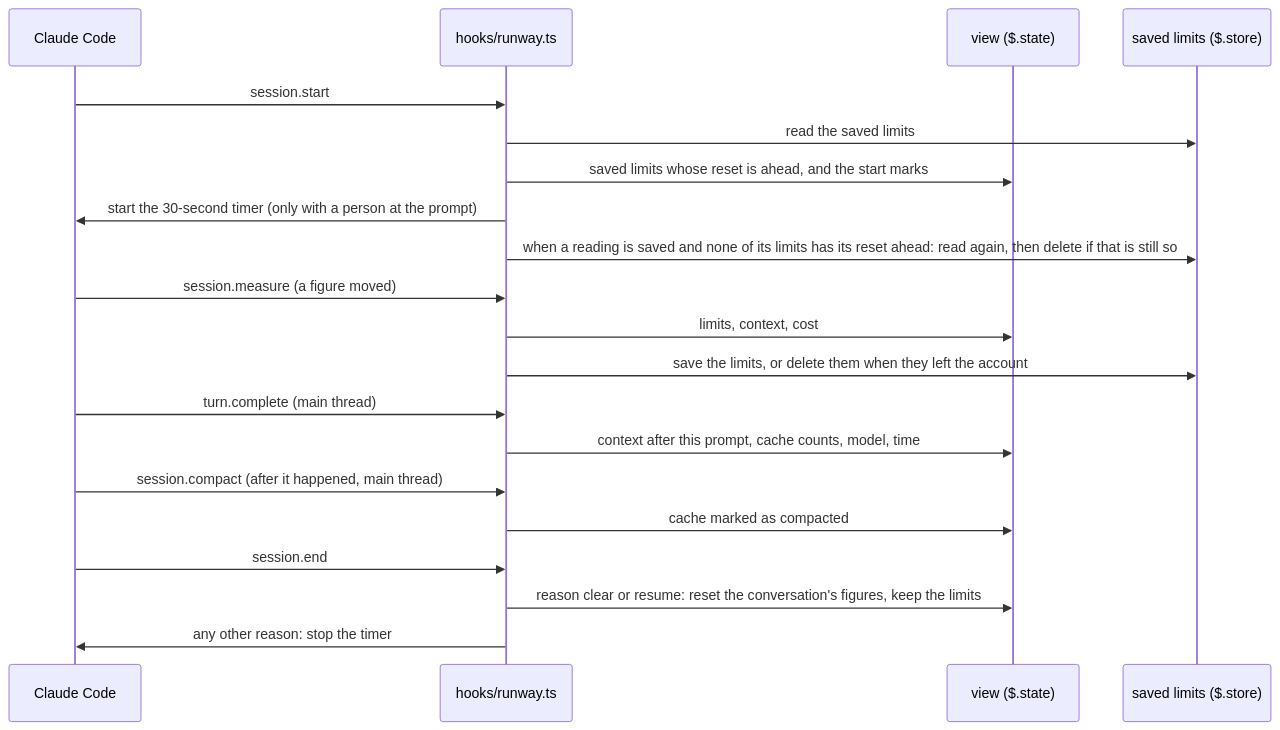
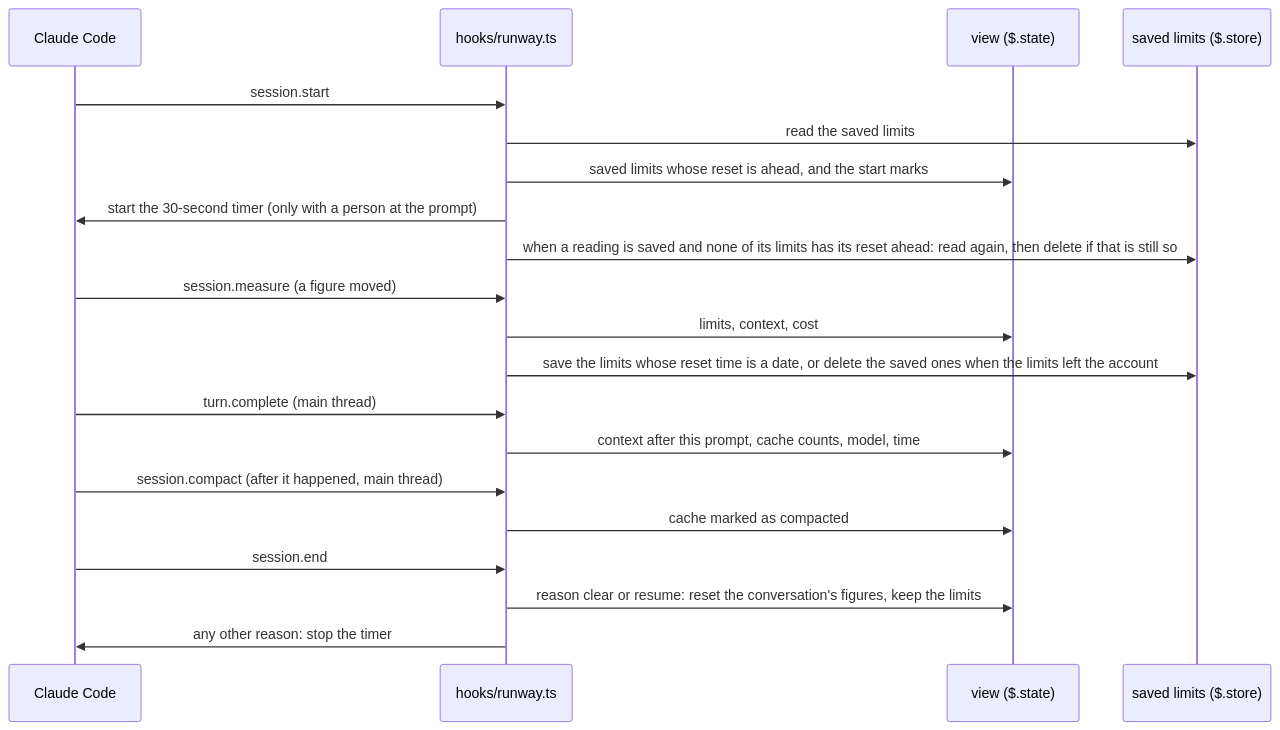
Before and after one commit to tmathura/claude-runway: the second of 3 diagrams in docs/architecture.md, drawn with Mermaid. The commit also changed 2 other files, not shown here.

Commit message:
[#10] Address review round 3
Codex: approve. Copilot: approve. code-review: 2 findings.

Fixed:
- code-review: the CHANGELOG bullet said that a saved reading stays
  until a new reading replaces it, but only a reading with a limit
  whose reset time is a date replaces it. The bullet now says so.
- code-review: the sequence diagram in docs/architecture.md still said
  that a measure saves the limits. The line now says which limits are
  saved. fix.md lists the file and records it as a deviation.

````diff
--- a/docs/architecture.md
+++ b/docs/architecture.md
@@ -54,22 +54,22 @@
 ```mermaid
 sequenceDiagram
   participant CC as Claude Code
   participant H as hooks/runway.ts
   participant V as view ($.state)
   participant S as saved limits ($.store)
   CC->>H: session.start
   H->>S: read the saved limits
   H->>V: saved limits whose reset is ahead, and the start marks
   H->>CC: start the 30-second timer (only with a person at the prompt)
   H->>S: when a reading is saved and none of its limits has its reset ahead: read again, then delete if that is still so
   CC->>H: session.measure (a figure moved)
   H->>V: limits, context, cost
-  H->>S: save the limits, or delete them when they left the account
+  H->>S: save the limits whose reset time is a date, or delete the saved ones when the limits left the account
   CC->>H: turn.complete (main thread)
   H->>V: context after this prompt, cache counts, model, time
   CC->>H: session.compact (after it happened, main thread)
   H->>V: cache marked as compacted
   CC->>H: session.end
   H->>V: reason clear or resume: reset the conversation's figures, keep the limits
   H->>CC: any other reason: stop the timer
 ```
````
